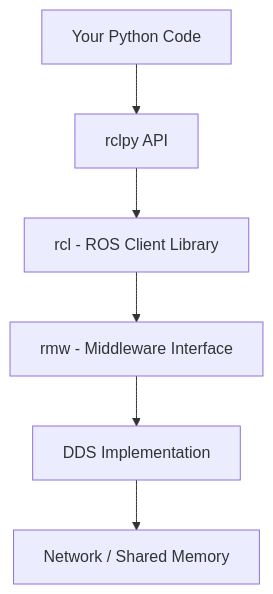
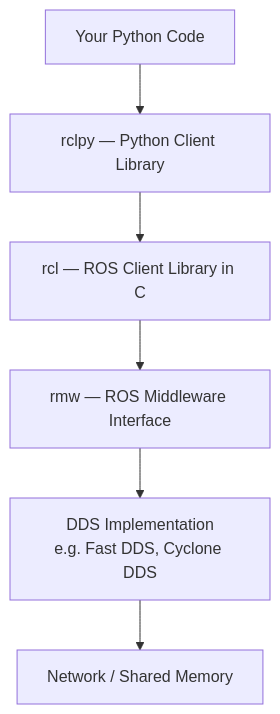
One commit to Irshadulhaqai/Physical-AI-Humanoid-Robotics-Textbook changed the diagram in my-website/docs/module-1/python-agents.md. Above: the diagram before and after it, drawn with Mermaid. The commit also changed other lines of this file and 24 other files, not shown here.

````diff
--- a/my-website/docs/module-1/python-agents.md
+++ b/my-website/docs/module-1/python-agents.md
@@ -37,8 +37,8 @@
 ```mermaid
 flowchart TB
-    A[Your Python Code] --> B[rclpy API]
-    B --> C[rcl - ROS Client Library]
-    C --> D[rmw - Middleware Interface]
-    D --> E[DDS Implementation]
+    A[Your Python Code] --> B[rclpy — Python Client Library]
+    B --> C[rcl — ROS Client Library in C]
+    C --> D[rmw — ROS Middleware Interface]
+    D --> E[DDS Implementation<br/>e.g. Fast DDS, Cyclone DDS]
     E --> F[Network / Shared Memory]
 ```
````
